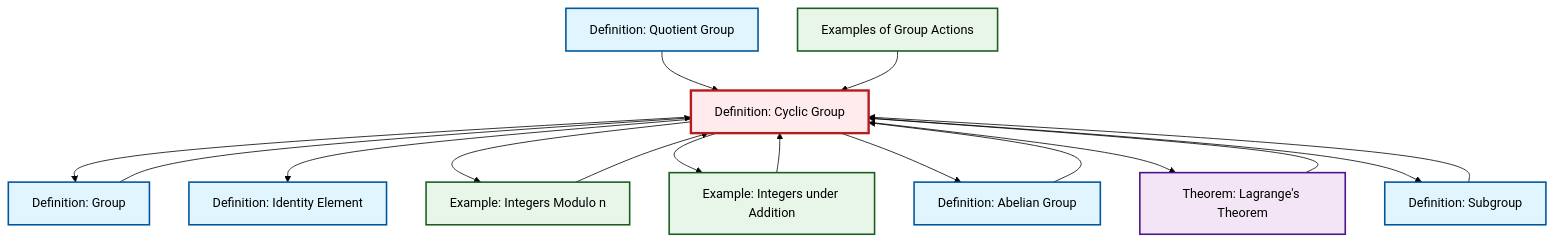
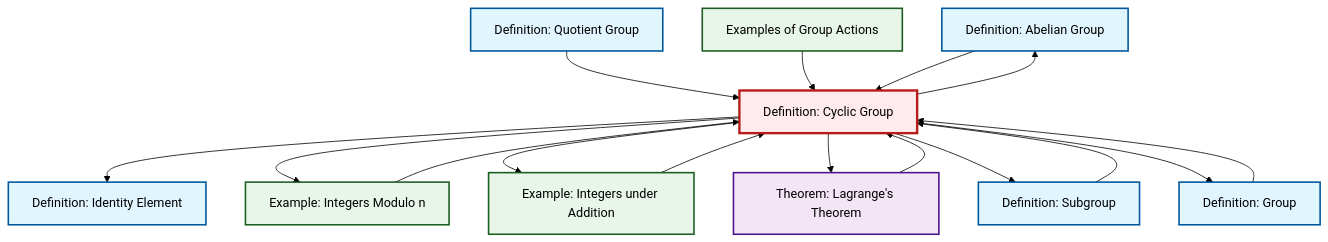
The diagram in content/ja/algebra/def-cyclic-group.qmd (RK0429/ModernMath), drawn with Mermaid (forest theme) before and after one commit. The commit also changed other lines of this file and 491 other files, not shown here.

````diff
--- a/content/ja/algebra/def-cyclic-group.qmd
+++ b/content/ja/algebra/def-cyclic-group.qmd
@@ -90,44 +90,44 @@
 ```{mermaid}
 %%| fig-cap: "Local dependency graph"
 graph TD
     classDef definition fill:#e1f5fe,stroke:#01579b,stroke-width:2px
     classDef theorem fill:#f3e5f5,stroke:#4a148c,stroke-width:2px
     classDef axiom fill:#fff3e0,stroke:#e65100,stroke-width:2px
     classDef example fill:#e8f5e9,stroke:#1b5e20,stroke-width:2px
     classDef current fill:#ffebee,stroke:#b71c1c,stroke-width:3px
+    def-abelian-group["Definition: Abelian Group"]:::definition
+    def-cyclic-group["Definition: Cyclic Group"]:::definition
     ex-group-action-examples["Examples of Group Actions"]:::example
+    def-subgroup["Definition: Subgroup"]:::definition
+    def-group["Definition: Group"]:::definition
     ex-integers-addition["Example: Integers under Addition"]:::example
-    def-group["Definition: Group"]:::definition
-    def-subgroup["Definition: Subgroup"]:::definition
-    def-cyclic-group["Definition: Cyclic Group"]:::definition
+    thm-lagrange["Theorem: Lagrange's Theorem"]:::theorem
+    def-quotient-group["Definition: Quotient Group"]:::definition
     def-identity-element["Definition: Identity Element"]:::definition
-    thm-lagrange["Theorem: Lagrange's Theorem"]:::theorem
-    def-abelian-group["Definition: Abelian Group"]:::definition
     ex-quotient-integers-mod-n["Example: Integers Modulo n"]:::example
-    def-quotient-group["Definition: Quotient Group"]:::definition
-    def-cyclic-group --> def-group
+    ex-quotient-integers-mod-n --> def-cyclic-group
+    thm-lagrange --> def-cyclic-group
+    def-quotient-group --> def-cyclic-group
     def-cyclic-group --> def-identity-element
-    def-cyclic-group --> ex-quotient-integers-mod-n
-    def-quotient-group --> def-cyclic-group
-    def-cyclic-group --> ex-integers-addition
-    def-cyclic-group --> def-abelian-group
-    def-cyclic-group --> thm-lagrange
     ex-group-action-examples --> def-cyclic-group
     ex-integers-addition --> def-cyclic-group
-    thm-lagrange --> def-cyclic-group
+    def-subgroup --> def-cyclic-group
+    def-cyclic-group --> ex-quotient-integers-mod-n
     def-group --> def-cyclic-group
-    ex-quotient-integers-mod-n --> def-cyclic-group
-    def-subgroup --> def-cyclic-group
+    def-cyclic-group --> ex-integers-addition
+    def-cyclic-group --> thm-lagrange
+    def-cyclic-group --> def-subgroup
+    def-cyclic-group --> def-group
     def-abelian-group --> def-cyclic-group
-    def-cyclic-group --> def-subgroup
+    def-cyclic-group --> def-abelian-group
     class def-cyclic-group current
+    click def-abelian-group "def-abelian-group.html" "Definition: Abelian Groupへ"
     click ex-group-action-examples "ex-group-action-examples.html" "Examples of Group Actionsへ"
+    click def-subgroup "def-subgroup.html" "Definition: Subgroupへ"
+    click def-group "def-group.html" "Definition: Groupへ"
     click ex-integers-addition "ex-integers-addition.html" "Example: Integers under Additionへ"
-    click def-group "def-group.html" "Definition: Groupへ"
-    click def-subgroup "def-subgroup.html" "Definition: Subgroupへ"
+    click thm-lagrange "thm-lagrange.html" "Theorem: Lagrange's Theoremへ"
+    click def-quotient-group "def-quotient-group.html" "Definition: Quotient Groupへ"
     click def-identity-element "def-identity-element.html" "Definition: Identity Elementへ"
-    click thm-lagrange "thm-lagrange.html" "Theorem: Lagrange's Theoremへ"
-    click def-abelian-group "def-abelian-group.html" "Definition: Abelian Groupへ"
     click ex-quotient-integers-mod-n "ex-quotient-integers-mod-n.html" "Example: Integers Modulo nへ"
-    click def-quotient-group "def-quotient-group.html" "Definition: Quotient Groupへ"
 ```
````
